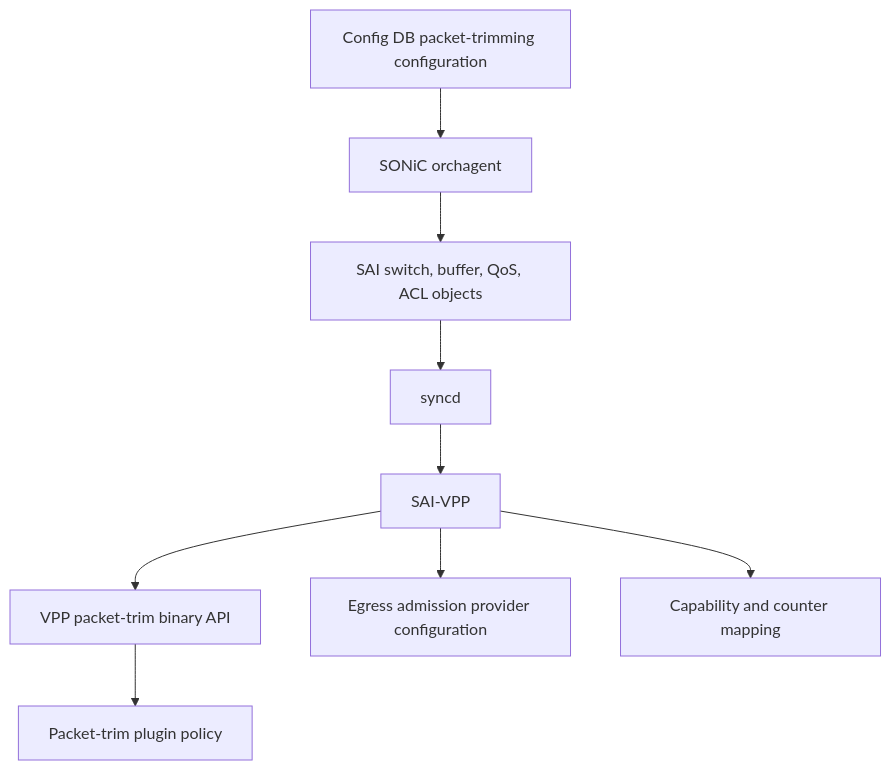
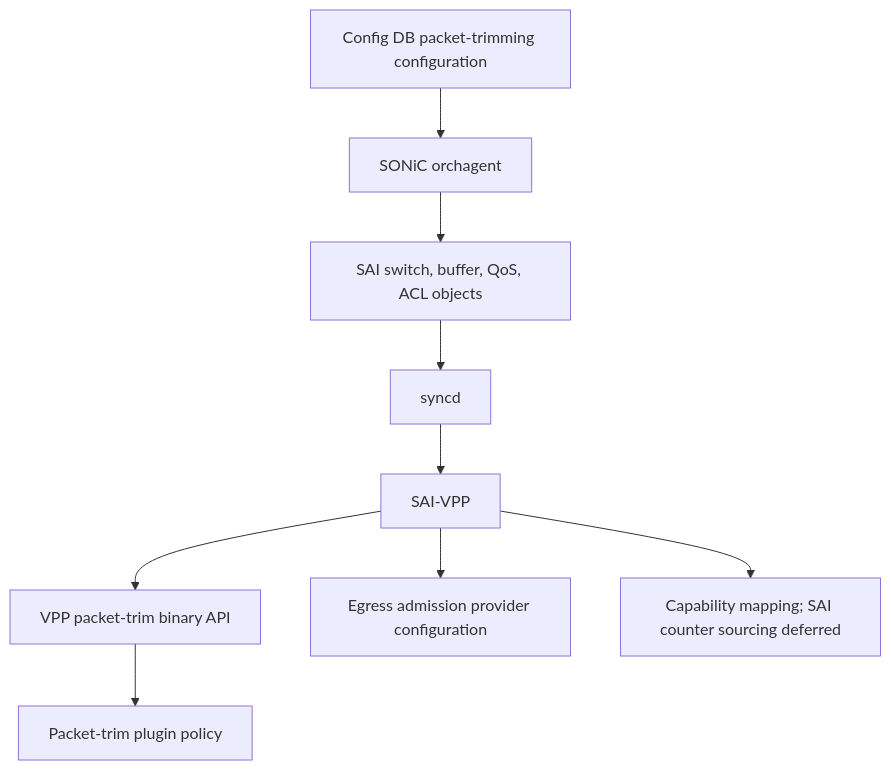
The first of 2 diagrams in doc/vpp/vpp-packet-trimming-HLD.md (sonic-net/SONiC), drawn with Mermaid before and after one commit. The commit also changed other lines of this file, not shown here.

````diff
--- a/doc/vpp/vpp-packet-trimming-HLD.md
+++ b/doc/vpp/vpp-packet-trimming-HLD.md
@@ -250,11 +261,11 @@
 ```mermaid
 flowchart TD
     A[Config DB packet-trimming configuration] --> B[SONiC orchagent]
     B --> C[SAI switch, buffer, QoS, ACL objects]
     C --> D[syncd]
     D --> E[SAI-VPP]
     E --> F[VPP packet-trim binary API]
     F --> G[Packet-trim plugin policy]
     E --> H[Egress admission provider configuration]
-    E --> I[Capability and counter mapping]
+    E --> I[Capability mapping; SAI counter sourcing deferred]
 ```
````
